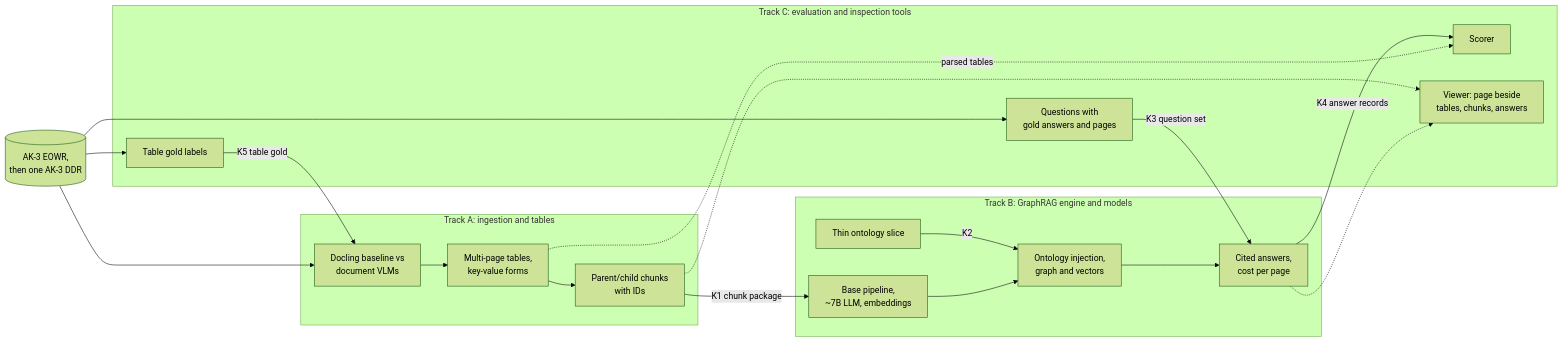
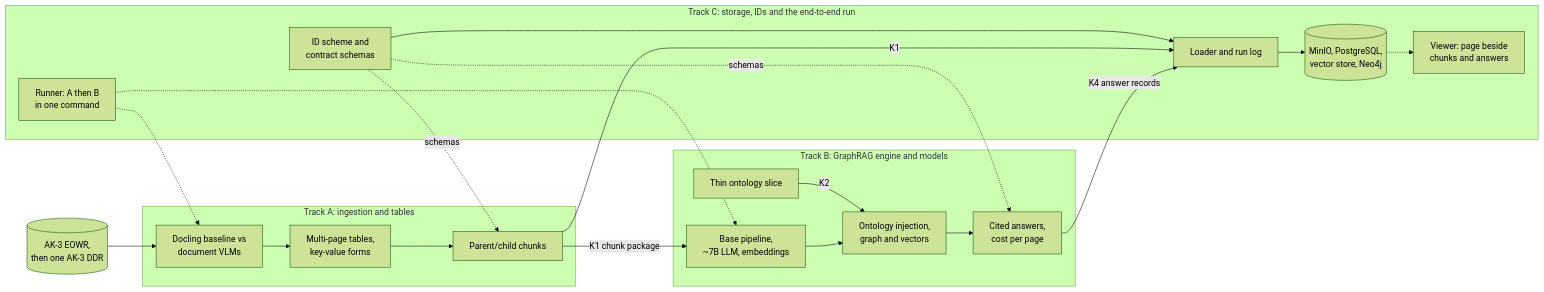
One commit to thaitri2005/Secure-O-G-LLM-and-Knowledge-Graph changed the fourth of 7 diagrams in docs/PROJECT_DESIGN.md. Above: the diagram before and after it, drawn with Mermaid (forest theme). The commit also changed other lines of this file and 4 other files, not shown here.

First line of the commit message:
Reassign the first stint: Hung on ingestion, Tri on GraphRAG, Khai on storage and the run

````diff
--- a/docs/PROJECT_DESIGN.md
+++ b/docs/PROJECT_DESIGN.md
@@ -441,25 +441,26 @@
 ```mermaid
 flowchart LR
     PDF[("AK-3 EOWR,<br/>then one AK-3 DDR")]
     subgraph TA["Track A: ingestion and tables"]
-        A1["Docling baseline vs<br/>document VLMs"] --> A2["Multi-page tables,<br/>key-value forms"] --> A3["Parent/child chunks<br/>with IDs"]
+        A1["Docling baseline vs<br/>document VLMs"] --> A2["Multi-page tables,<br/>key-value forms"] --> A3["Parent/child chunks"]
     end
     subgraph TB["Track B: GraphRAG engine and models"]
         B0["Thin ontology slice"] -- "K2" --> B2
         B1["Base pipeline,<br/>~7B LLM, embeddings"] --> B2["Ontology injection,<br/>graph and vectors"] --> B3["Cited answers,<br/>cost per page"]
     end
-    subgraph TC["Track C: evaluation and inspection tools"]
-        C2["Questions with<br/>gold answers and pages"]
-        C3["Table gold labels"]
-        C4["Scorer"]
-        C5["Viewer: page beside<br/>tables, chunks, answers"]
+    subgraph TC["Track C: storage, IDs and the end-to-end run"]
+        C1["ID scheme and<br/>contract schemas"]
+        C2[("MinIO, PostgreSQL,<br/>vector store, Neo4j")]
+        C3["Loader and run log"]
+        C4["Runner: A then B<br/>in one command"]
+        C5["Viewer: page beside<br/>chunks and answers"]
+        C1 --> C3 --> C2
     end
     PDF --> A1
-    PDF --> C2 & C3
     A3 -- "K1 chunk package" --> B1
-    C2 -- "K3 question set" --> B3
-    B3 -- "K4 answer records" --> C4
-    C3 -- "K5 table gold" --> A1
-    A2 -. "parsed tables" .-> C4
-    A3 & B3 -.-> C5
+    A3 -- "K1" --> C3
+    B3 -- "K4 answer records" --> C3
+    C1 -. "schemas" .-> A3 & B3
+    C4 -.-> A1 & B1
+    C2 -.-> C5
 ```
````
